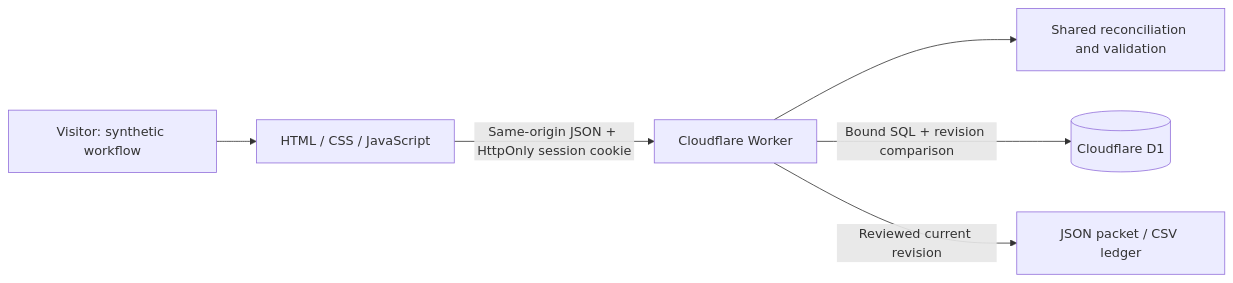
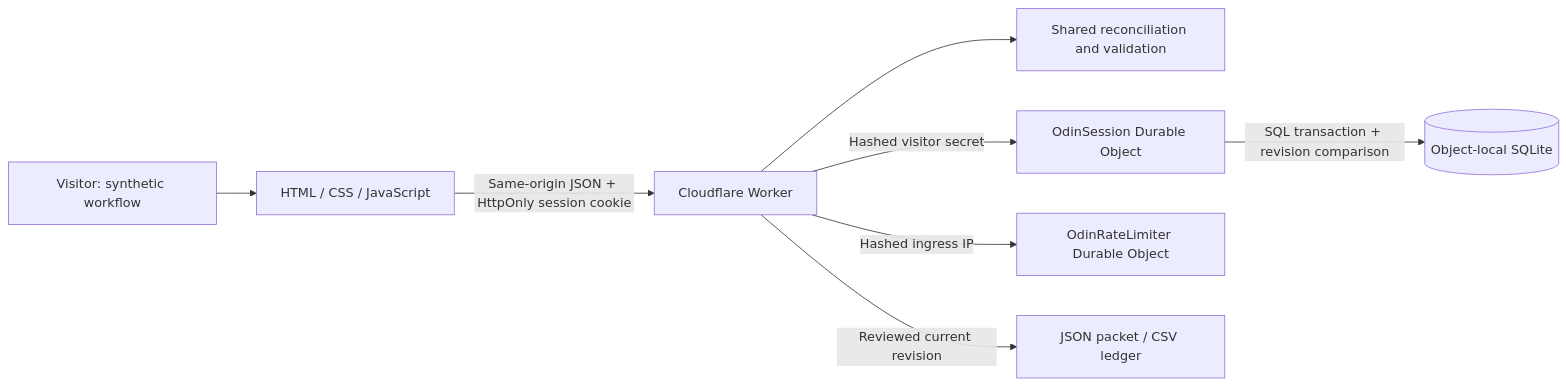
Before and after one commit to CashpointSoulja/odin-close-control: the diagram in docs/architecture.md, drawn with Mermaid. The commit also changed other lines of this file and 57 other files, not shown here.

Commit message:
Move Odin persistence to isolated SQLite Durable Objects

````diff
--- a/docs/architecture.md
+++ b/docs/architecture.md
@@ -7,8 +7,10 @@
 ```mermaid
 flowchart LR
   Visitor[Visitor: synthetic workflow] --> UI[HTML / CSS / JavaScript]
   UI -->|Same-origin JSON + HttpOnly session cookie| API[Cloudflare Worker]
   API --> Domain[Shared reconciliation and validation]
-  API -->|Bound SQL + revision comparison| DB[(Cloudflare D1)]
+  API -->|Hashed visitor secret| Session[OdinSession Durable Object]
+  Session -->|SQL transaction + revision comparison| DB[(Object-local SQLite)]
+  API -->|Hashed ingress IP| Rate[OdinRateLimiter Durable Object]
   API -->|Reviewed current revision| Packet[JSON packet / CSV ledger]
 ```
````
